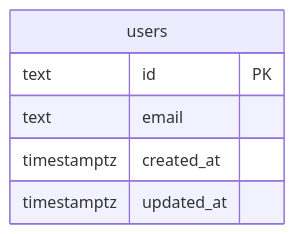
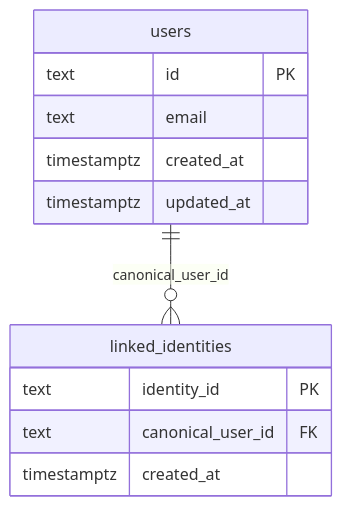
The diagram in docs/features/auth-user-plus-dashboard/data-model.md (AntonSkybytskyi/daysleft), drawn with Mermaid before and after one commit. The commit also changed other lines of this file and 13 other files, not shown here.

First line of the commit message:
fix(auth): persist linked-identity mapping to the DB, not a process-local Map

````diff
--- a/docs/features/auth-user-plus-dashboard/data-model.md
+++ b/docs/features/auth-user-plus-dashboard/data-model.md
@@ -13,9 +13,15 @@
 ```mermaid
 erDiagram
     users {
         text id PK
         text email
         timestamptz created_at
         timestamptz updated_at
     }
+    linked_identities {
+        text identity_id PK
+        text canonical_user_id FK
+        timestamptz created_at
+    }
+    users ||--o{ linked_identities : "canonical_user_id"
 ```
````
